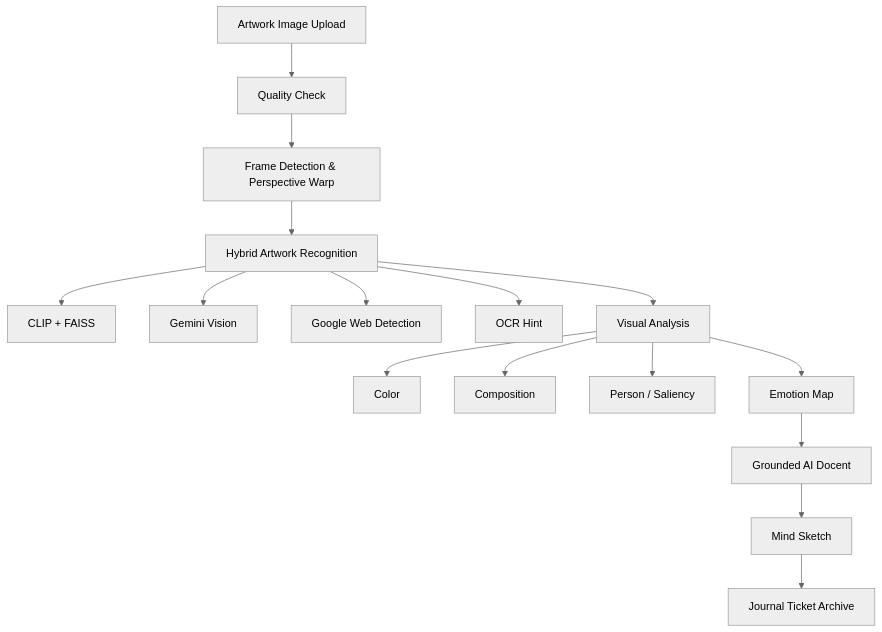
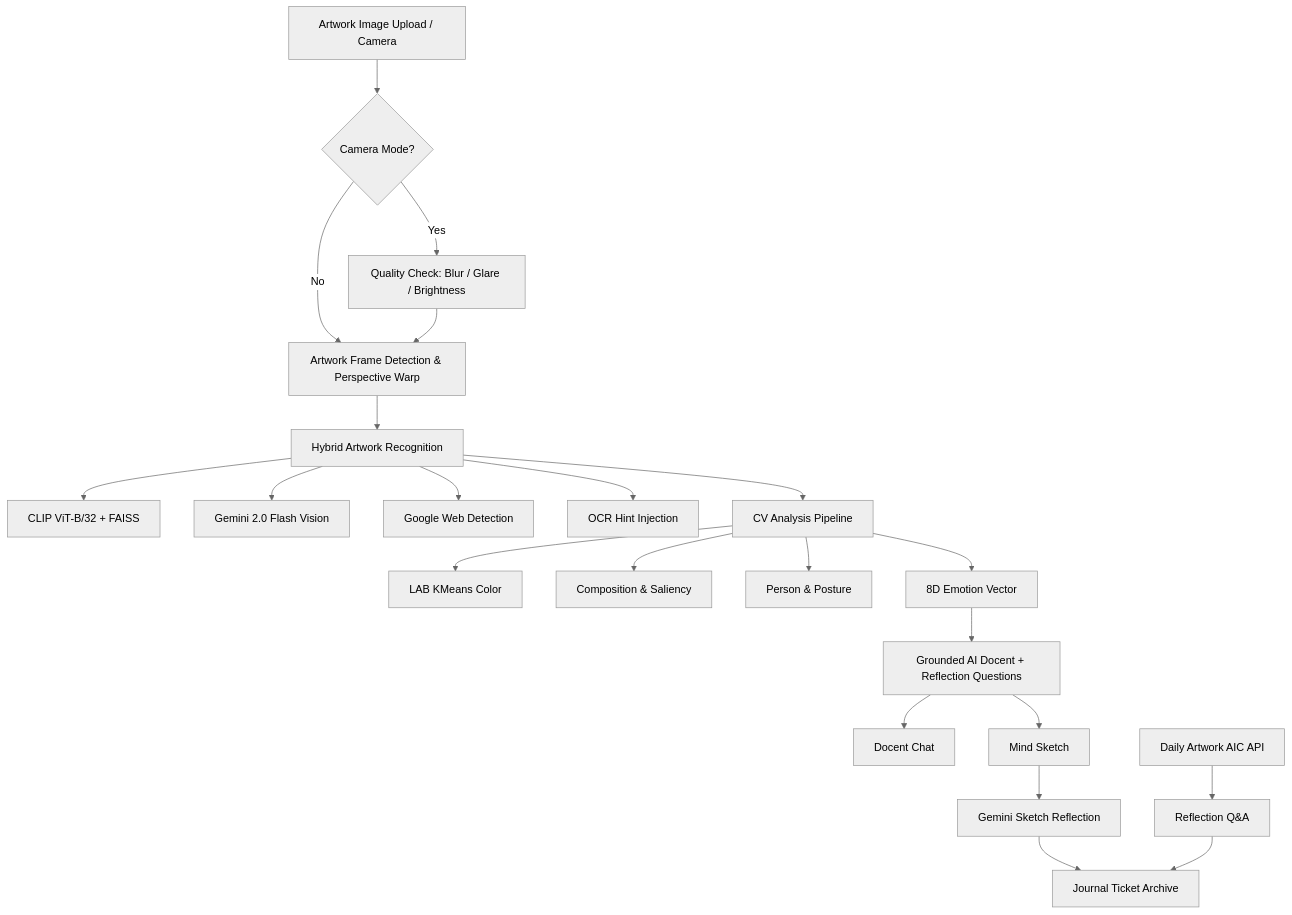
The diagram in README.md (kimseoan0516/Inner-Gallery), drawn with Mermaid (neutral theme) before and after one commit. The commit also changed other lines of this file, not shown here.

````diff
--- a/README.md
+++ b/README.md
@@ -157,18 +167,25 @@
 ```mermaid
 flowchart TD
-    A[Artwork Image Upload] --> B[Quality Check]
-    B --> C[Frame Detection & Perspective Warp]
-    C --> D[Hybrid Artwork Recognition]
-    D --> D1[CLIP + FAISS]
-    D --> D2[Gemini Vision]
-    D --> D3[Google Web Detection]
-    D --> D4[OCR Hint]
-    D --> E[Visual Analysis]
-    E --> E1[Color]
-    E --> E2[Composition]
-    E --> E3[Person / Saliency]
-    E --> F[Emotion Map]
-    F --> G[Grounded AI Docent]
-    G --> H[Mind Sketch]
-    H --> I[Journal Ticket Archive]
+    A[Artwork Image Upload / Camera] --> B{Camera Mode?}
+    B -->|Yes| C[Quality Check: Blur / Glare / Brightness]
+    B -->|No| D[Artwork Frame Detection & Perspective Warp]
+    C --> D
+    D --> E[Hybrid Artwork Recognition]
+    E --> E1[CLIP ViT-B/32 + FAISS]
+    E --> E2[Gemini 2.0 Flash Vision]
+    E --> E3[Google Web Detection]
+    E --> E4[OCR Hint Injection]
+    E --> F[CV Analysis Pipeline]
+    F --> F1[LAB KMeans Color]
+    F --> F2[Composition & Saliency]
+    F --> F3[Person & Posture]
+    F --> G[8D Emotion Vector]
+    G --> H[Grounded AI Docent + Reflection Questions]
+    H --> I[Docent Chat]
+    H --> J[Mind Sketch]
+    J --> K[Gemini Sketch Reflection]
+    K --> L[Journal Ticket Archive]
+
+    M[Daily Artwork AIC API] --> N[Reflection Q&A]
+    N --> L
 ```
````
